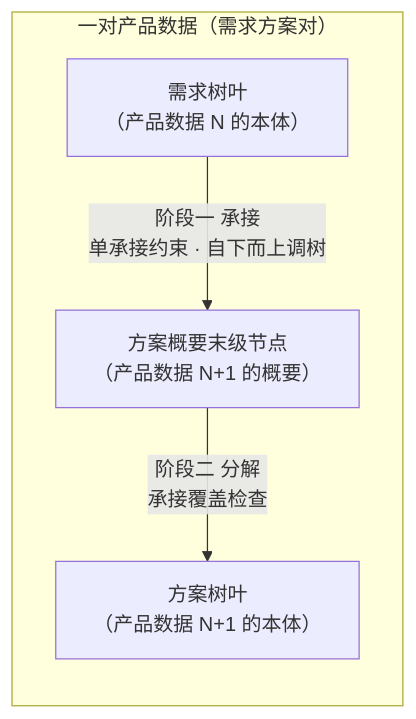
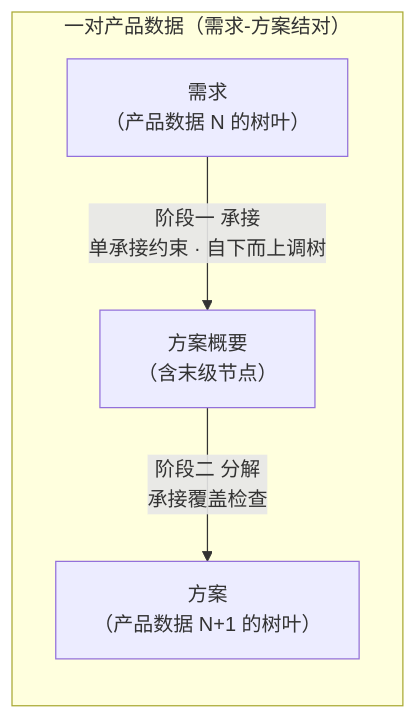
The first of 3 diagrams in 50-research/00-系统工程相关研究报告/20-由需求开发方案研究报告-需求方案对与两阶段设计算法.md (Yongjunzhou/AOS-system-design), drawn with Mermaid before and after one commit. The commit also changed other lines of this file and 2 other files, not shown here.

Commit message:
[教材] 20号报告·全文审视修复+术语体系收敛（本体退役→完整态、需求树叶/方案树叶/概要末级节点三条等式退役、元规则与锚隐喻退役、§八引用修复、§1.6节题对齐）+记忆同步（2026-09-02）

````diff
--- a/50-research/00-系统工程相关研究报告/20-由需求开发方案研究报告-需求方案对与两阶段设计算法.md
+++ b/50-research/00-系统工程相关研究报告/20-由需求开发方案研究报告-需求方案对与两阶段设计算法.md
@@ -13,10 +13,10 @@
 ```mermaid
 flowchart LR
-    subgraph pair["一对产品数据（需求方案对）"]
-        N["需求树叶<br/>（产品数据 N 的本体）"]
-        A["方案概要末级节点<br/>（产品数据 N+1 的概要）"]
-        S["方案树叶<br/>（产品数据 N+1 的本体）"]
+    subgraph pair["一对产品数据（需求-方案结对）"]
+        N["需求<br/>（产品数据 N 的树叶）"]
+        A["方案概要<br/>（含末级节点）"]
+        S["方案<br/>（产品数据 N+1 的树叶）"]
         N -->|"阶段一 承接<br/>单承接约束 · 自下而上调树"| A
         A -->|"阶段二 分解<br/>承接覆盖检查"| S
     end
 ```
````
